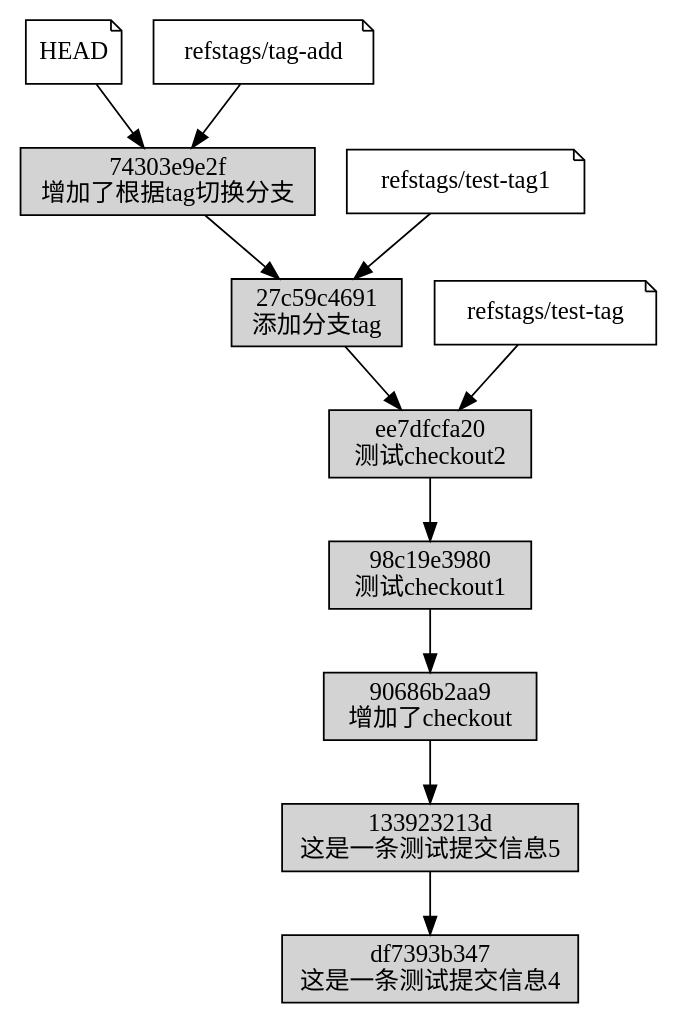
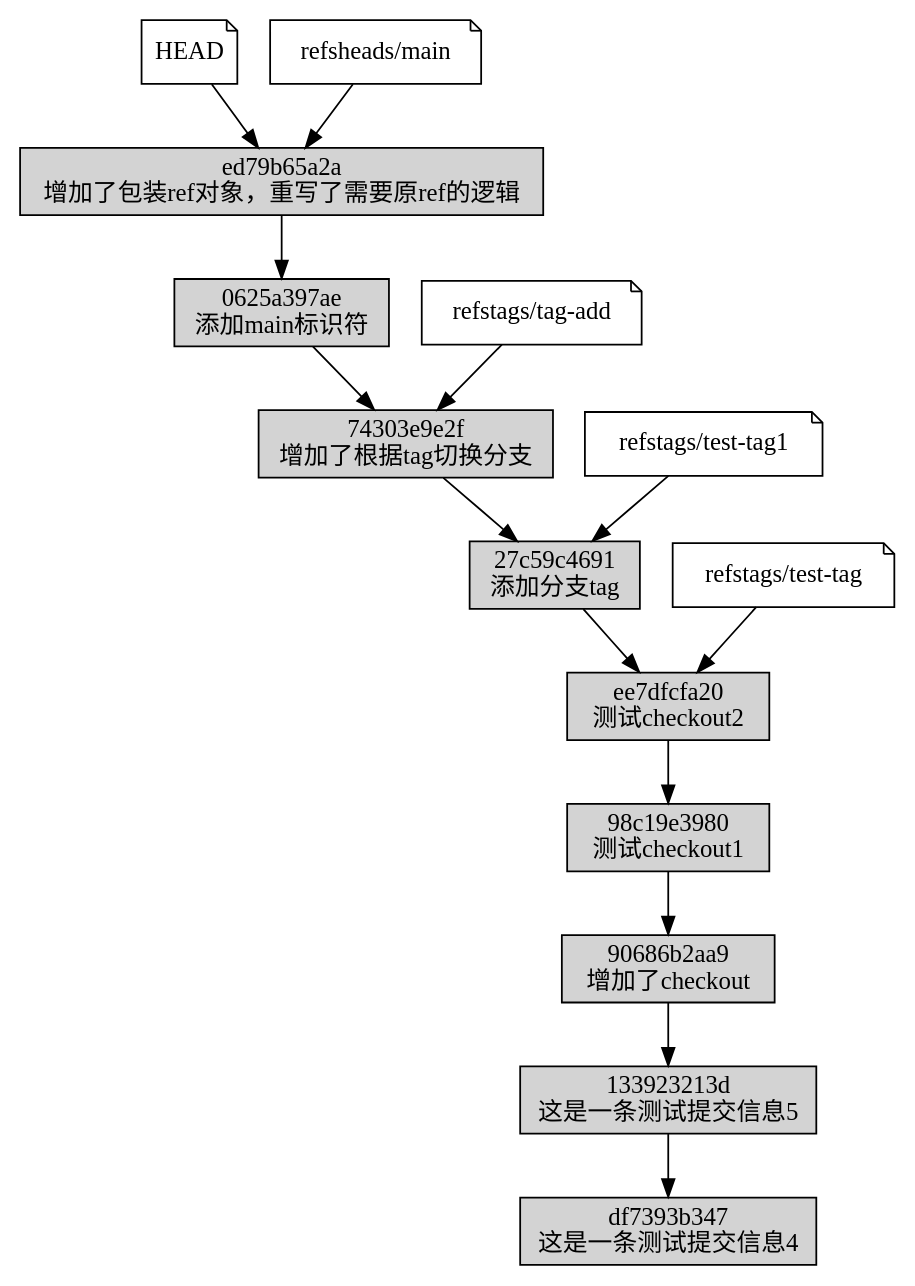
One commit to ZLaoShi/ugit changed the diagram in graph.dot. Above: the diagram before and after it, drawn with Graphviz. The commit also changed 74 other files, not shown here.

```diff
--- a/graph.dot
+++ b/graph.dot
@@ -1,33 +1,41 @@
 digraph commits {
     graph [fontname="Microsoft YaHei"];
     node [fontname="Microsoft YaHei"];
     edge [fontname="Microsoft YaHei"];
 "HEAD" [shape=note]
-"HEAD" -> "74303e9e2f50ee066a7eae99e1e4a0fbecca150a"
+"HEAD" -> "ed79b65a2a7f735639fffa090b74803dd0ff0155"
+"refs\heads/main" [shape=note]
+"refs\heads/main" -> "ed79b65a2a7f735639fffa090b74803dd0ff0155"
 "refs\tags/tag-add" [shape=note]
 "refs\tags/tag-add" -> "74303e9e2f50ee066a7eae99e1e4a0fbecca150a"
 "refs\tags/test-tag" [shape=note]
 "refs\tags/test-tag" -> "ee7dfcfa2006967df7b4d5b1092cb46d33919e38"
 "refs\tags/test-tag1" [shape=note]
 "refs\tags/test-tag1" -> "27c59c4691cce27beedad6747191a58f078ec5e6"
+"ed79b65a2a7f735639fffa090b74803dd0ff0155" [shape=box style=filled label="ed79b65a2a
+增加了包装ref对象，重写了需要原ref的逻辑"]
+"ed79b65a2a7f735639fffa090b74803dd0ff0155" -> "0625a397aeefc117401a402b3848126f5710cd24"
+"0625a397aeefc117401a402b3848126f5710cd24" [shape=box style=filled label="0625a397ae
+添加main标识符"]
+"0625a397aeefc117401a402b3848126f5710cd24" -> "74303e9e2f50ee066a7eae99e1e4a0fbecca150a"
+"74303e9e2f50ee066a7eae99e1e4a0fbecca150a" [shape=box style=filled label="74303e9e2f
+增加了根据tag切换分支"]
+"74303e9e2f50ee066a7eae99e1e4a0fbecca150a" -> "27c59c4691cce27beedad6747191a58f078ec5e6"
+"27c59c4691cce27beedad6747191a58f078ec5e6" [shape=box style=filled label="27c59c4691
+添加分支tag"]
+"27c59c4691cce27beedad6747191a58f078ec5e6" -> "ee7dfcfa2006967df7b4d5b1092cb46d33919e38"
 "ee7dfcfa2006967df7b4d5b1092cb46d33919e38" [shape=box style=filled label="ee7dfcfa20
 测试checkout2"]
 "ee7dfcfa2006967df7b4d5b1092cb46d33919e38" -> "98c19e3980ec0b493b19f1af87f028c25fd93b3a"
 "98c19e3980ec0b493b19f1af87f028c25fd93b3a" [shape=box style=filled label="98c19e3980
 测试checkout1"]
 "98c19e3980ec0b493b19f1af87f028c25fd93b3a" -> "90686b2aa9b6d5c972ab09086dcf1bc644370ccd"
 "90686b2aa9b6d5c972ab09086dcf1bc644370ccd" [shape=box style=filled label="90686b2aa9
 增加了checkout"]
 "90686b2aa9b6d5c972ab09086dcf1bc644370ccd" -> "133923213dbc50e0476aceadfc15823d6cc1a431"
 "133923213dbc50e0476aceadfc15823d6cc1a431" [shape=box style=filled label="133923213d
 这是一条测试提交信息5"]
 "133923213dbc50e0476aceadfc15823d6cc1a431" -> "df7393b3474aa723efaaf39c94f7304057dbeca6"
 "df7393b3474aa723efaaf39c94f7304057dbeca6" [shape=box style=filled label="df7393b347
 这是一条测试提交信息4"]
-"27c59c4691cce27beedad6747191a58f078ec5e6" [shape=box style=filled label="27c59c4691
-添加分支tag"]
-"27c59c4691cce27beedad6747191a58f078ec5e6" -> "ee7dfcfa2006967df7b4d5b1092cb46d33919e38"
-"74303e9e2f50ee066a7eae99e1e4a0fbecca150a" [shape=box style=filled label="74303e9e2f
-增加了根据tag切换分支"]
-"74303e9e2f50ee066a7eae99e1e4a0fbecca150a" -> "27c59c4691cce27beedad6747191a58f078ec5e6"
 }
```
